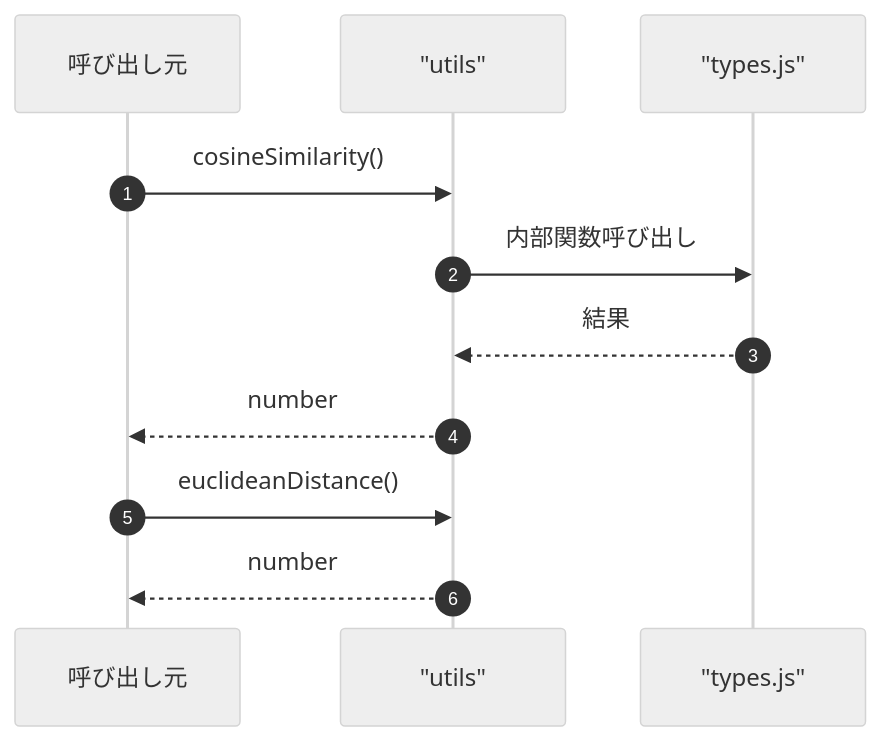
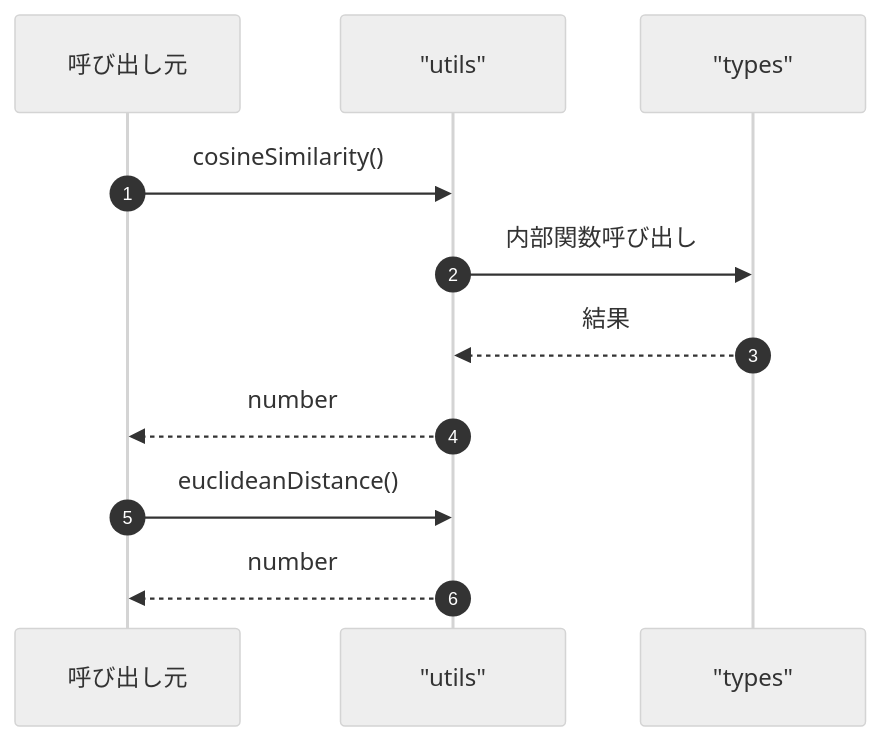
The third of 3 diagrams in ABDD/.pi/lib/embeddings/utils.md (Mekann2904/mekann), drawn with Mermaid (neutral theme) before and after one commit. The commit also changed other lines of this file and 174 other files, not shown here.

First line of the commit message:
fix(docs): ABDDのMermaid図生成エラーを修正する

````diff
--- a/ABDD/.pi/lib/embeddings/utils.md
+++ b/ABDD/.pi/lib/embeddings/utils.md
@@ -74,15 +74,15 @@
 ```mermaid
 sequenceDiagram
   autonumber
   participant Caller as 呼び出し元
   participant utils as "utils"
-  participant types_js as "types.js"
+  participant types as "types"
 
   Caller->>utils: cosineSimilarity()
-  utils->>types_js: 内部関数呼び出し
-  types_js-->>utils: 結果
+  utils->>types: 内部関数呼び出し
+  types-->>utils: 結果
   utils-->>Caller: number
 
   Caller->>utils: euclideanDistance()
   utils-->>Caller: number
 ```
````
